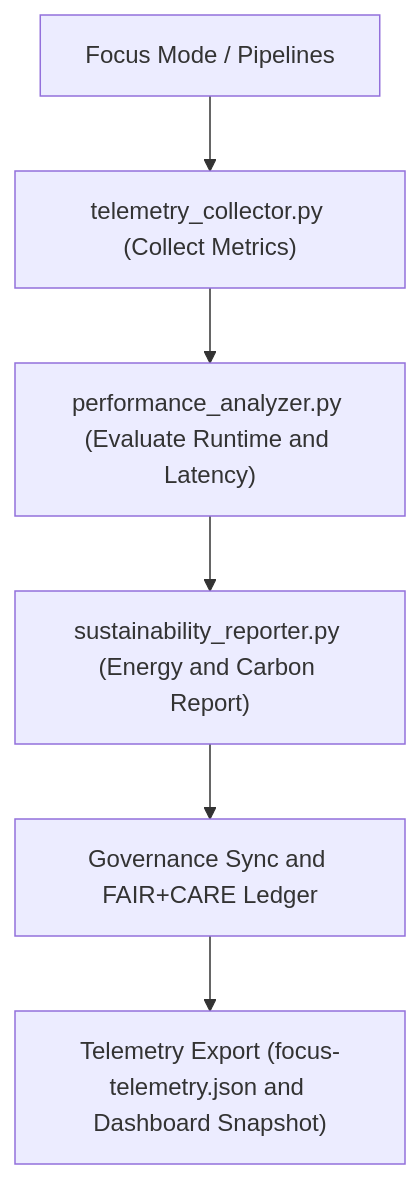
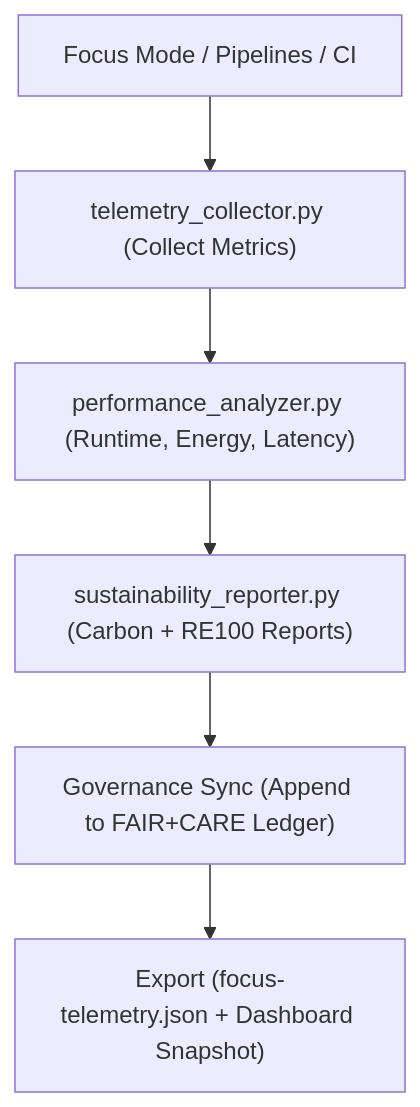
One commit to bartytime4life/Kansas-Frontier-Matrix changed the diagram in tools/telemetry/README.md. Above: the diagram before and after it, drawn with Mermaid. The commit also changed other lines of this file, not shown here.

````diff
--- a/tools/telemetry/README.md
+++ b/tools/telemetry/README.md
@@ -66,8 +66,8 @@
 ```mermaid
 flowchart TD
-    A["Focus Mode / Pipelines"] --> B["telemetry_collector.py (Collect Metrics)"]
-    B --> C["performance_analyzer.py (Evaluate Runtime and Latency)"]
-    C --> D["sustainability_reporter.py (Energy and Carbon Report)"]
-    D --> E["Governance Sync and FAIR+CARE Ledger"]
-    E --> F["Telemetry Export (focus-telemetry.json and Dashboard Snapshot)"]
+A["Focus Mode / Pipelines / CI"] --> B["telemetry_collector.py (Collect Metrics)"]
+B --> C["performance_analyzer.py (Runtime, Energy, Latency)"]
+C --> D["sustainability_reporter.py (Carbon + RE100 Reports)"]
+D --> E["Governance Sync (Append to FAIR+CARE Ledger)"]
+E --> F["Export (focus-telemetry.json + Dashboard Snapshot)"]
 ```
````
